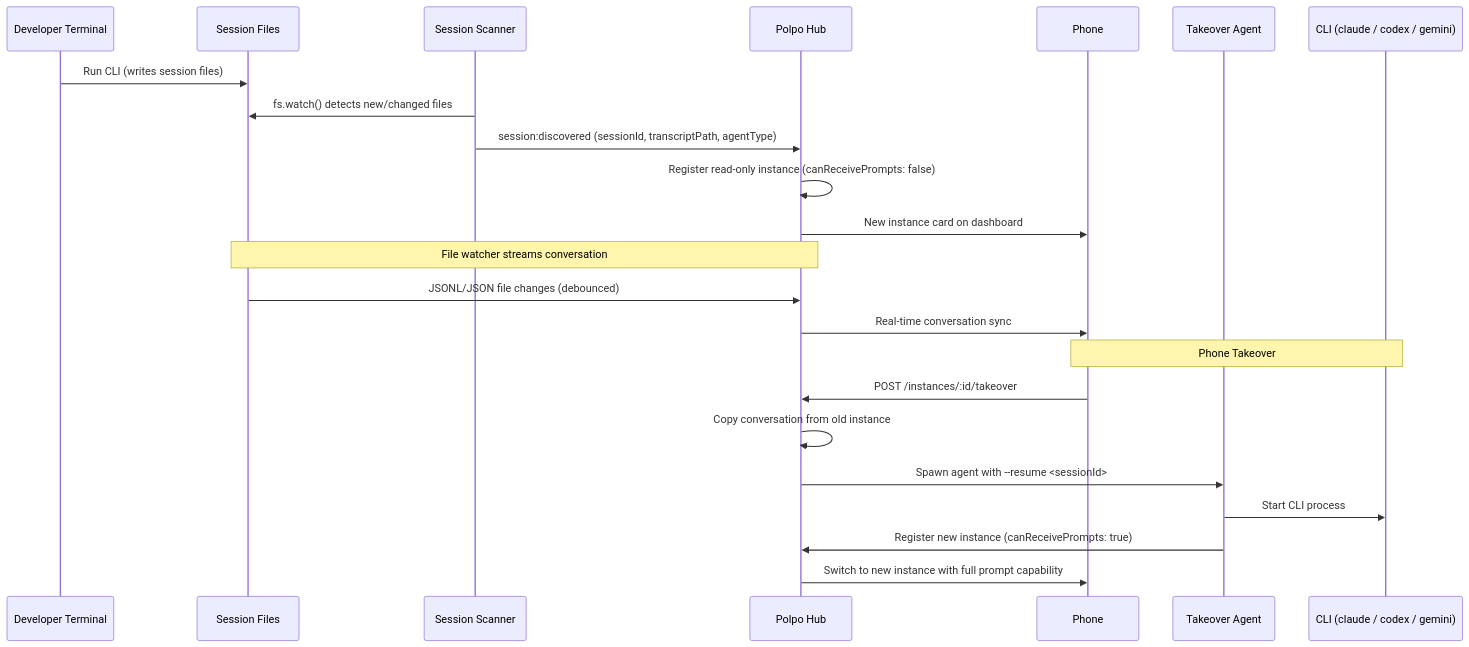
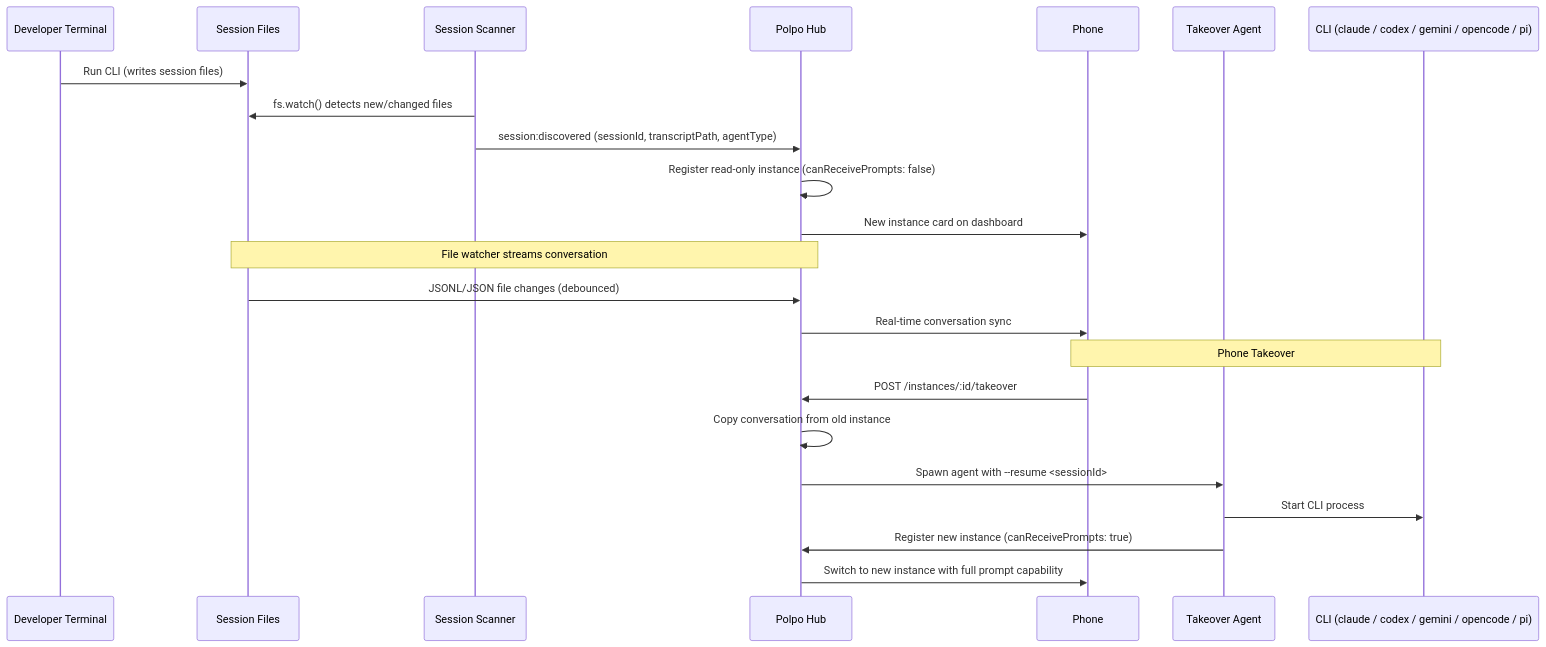
The sixth of 7 diagrams in docs/diagrams.md (pugliatechs/polpo), drawn with Mermaid before and after one commit. The commit also changed other lines of this file and 23 other files, not shown here.

````diff
--- a/docs/diagrams.md
+++ b/docs/diagrams.md
@@ -100,28 +129,28 @@
 ```mermaid
 sequenceDiagram
     participant Dev as Developer Terminal
     participant FS as Session Files
     participant Scanner as Session Scanner
     participant Hub as Polpo Hub
     participant Phone
     participant Agent as Takeover Agent
-    participant CLI as CLI (claude / codex / gemini)
+    participant CLI as CLI (claude / codex / gemini / opencode / pi)
 
     Dev->>FS: Run CLI (writes session files)
     Scanner->>FS: fs.watch() detects new/changed files
     Scanner->>Hub: session:discovered (sessionId, transcriptPath, agentType)
     Hub->>Hub: Register read-only instance (canReceivePrompts: false)
     Hub->>Phone: New instance card on dashboard
 
     Note over Hub,FS: File watcher streams conversation
     FS->>Hub: JSONL/JSON file changes (debounced)
     Hub->>Phone: Real-time conversation sync
 
     Note over Phone,CLI: Phone Takeover
     Phone->>Hub: POST /instances/:id/takeover
     Hub->>Hub: Copy conversation from old instance
     Hub->>Agent: Spawn agent with --resume <sessionId>
     Agent->>CLI: Start CLI process
     Agent->>Hub: Register new instance (canReceivePrompts: true)
     Hub->>Phone: Switch to new instance with full prompt capability
 ```
````
